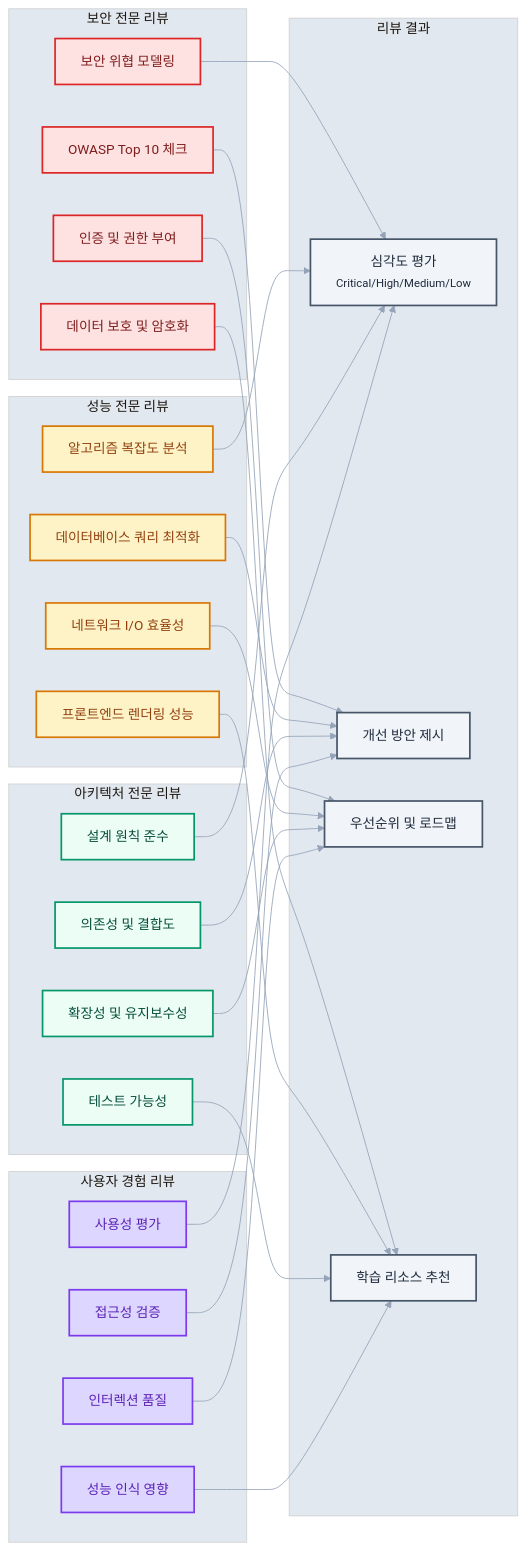
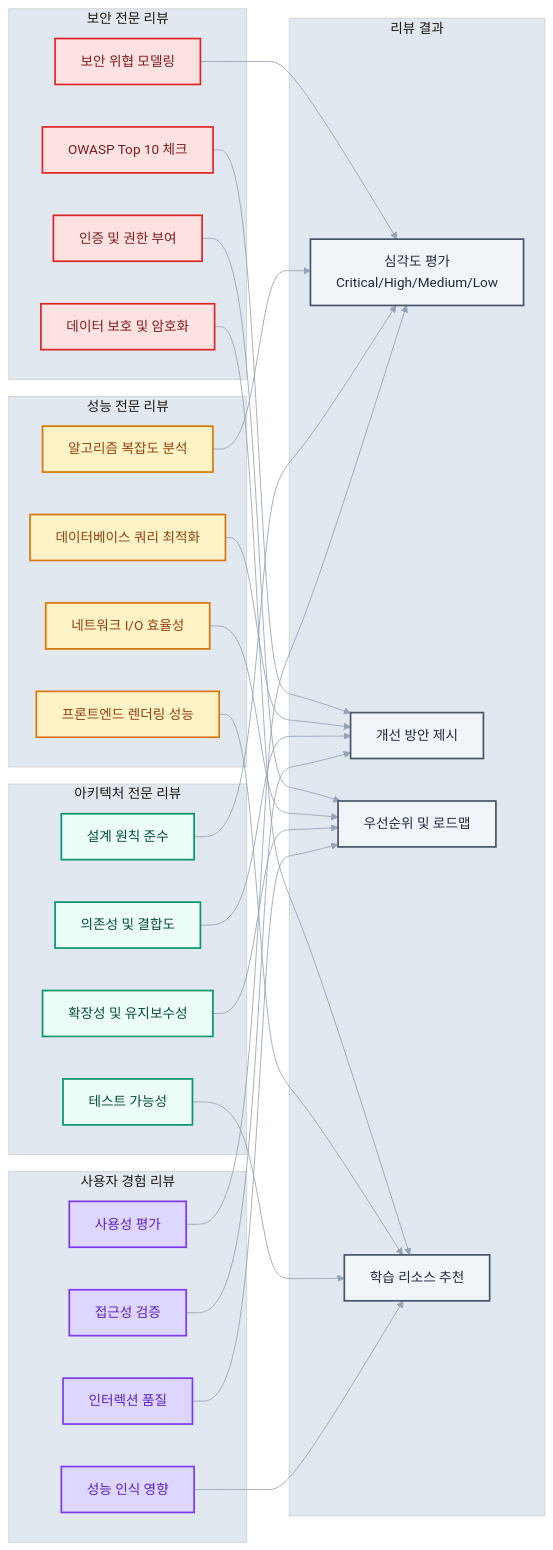
One commit to revfactory/claude-code-mastering changed the fifth of 7 diagrams in book/12-chapter12.md. Above: the diagram before and after it, drawn with Mermaid. The commit also changed other lines of this file and 10 other files, not shown here.

First line of the commit message:
fix: 챕터 2-13 Mermaid 다이어그램 텍스트 렌더링 최적화

````diff
--- a/book/12-chapter12.md
+++ b/book/12-chapter12.md
@@ -752,70 +752,70 @@
 ```mermaid
 %%{init: {"theme": "base", "themeVariables": {"primaryColor": "#f8fafc", "primaryTextColor": "#1e293b", "primaryBorderColor": "#e2e8f0", "lineColor": "#94a3b8", "secondaryColor": "#f1f5f9", "tertiaryColor": "#e2e8f0"}}}%%
 graph LR
     subgraph security [보안 전문 리뷰]
         A[보안 위협 모델링]
         B[OWASP Top 10 체크]
         C[인증 및 권한 부여]
         D[데이터 보호 및 암호화]
     end
     
     subgraph performance [성능 전문 리뷰]
         E[알고리즘 복잡도 분석]
         F[데이터베이스 쿼리 최적화]
         G[네트워크 I/O 효율성]
         H[프론트엔드 렌더링 성능]
     end
     
     subgraph architecture [아키텍처 전문 리뷰]
         I[설계 원칙 준수]
         J[의존성 및 결합도]
         K[확장성 및 유지보수성]
         L[테스트 가능성]
     end
     
     subgraph ux [사용자 경험 리뷰]
         M[사용성 평가]
         N[접근성 검증]
         O[인터렉션 품질]
         P[성능 인식 영향]
     end
     
     subgraph outcomes [리뷰 결과]
-        Q[심각도 평가<br/><small>Critical/High/Medium/Low</small>]
+        Q[심각도 평가<br/>Critical/High/Medium/Low]
         R[개선 방안 제시]
         S[우선순위 및 로드맵]
         T[학습 리소스 추천]
     end
     
     A --> Q
     B --> R
     C --> S
     D --> T
     
     E --> Q
     F --> R
     G --> S
     H --> T
     
     I --> Q
     J --> R
     K --> S
     L --> T
     
     M --> Q
     N --> R
     O --> S
     P --> T
     
     classDef securityStyle fill:#fee2e2,stroke:#dc2626,stroke-width:2px,color:#7f1d1d
     classDef performanceStyle fill:#fef3c7,stroke:#d97706,stroke-width:2px,color:#92400e
     classDef architectureStyle fill:#ecfdf5,stroke:#059669,stroke-width:2px,color:#064e3b
     classDef uxStyle fill:#ddd6fe,stroke:#7c3aed,stroke-width:2px,color:#5b21b6
     classDef outcomeStyle fill:#f1f5f9,stroke:#475569,stroke-width:2px,color:#1e293b
     
     class A,B,C,D securityStyle
     class E,F,G,H performanceStyle
     class I,J,K,L architectureStyle
     class M,N,O,P uxStyle
     class Q,R,S,T outcomeStyle
 ```
````
